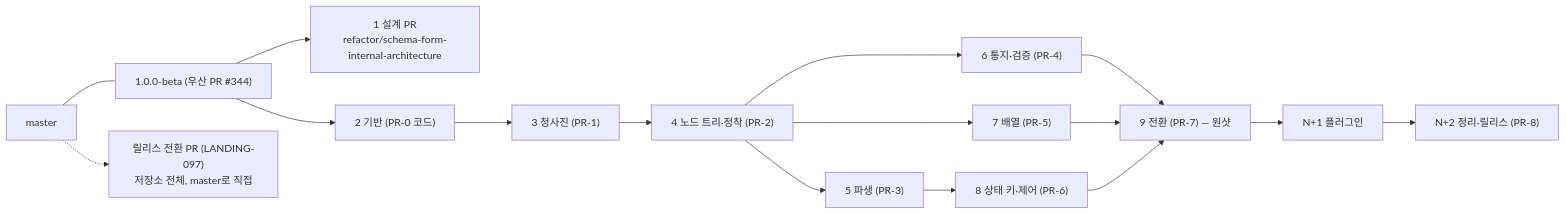
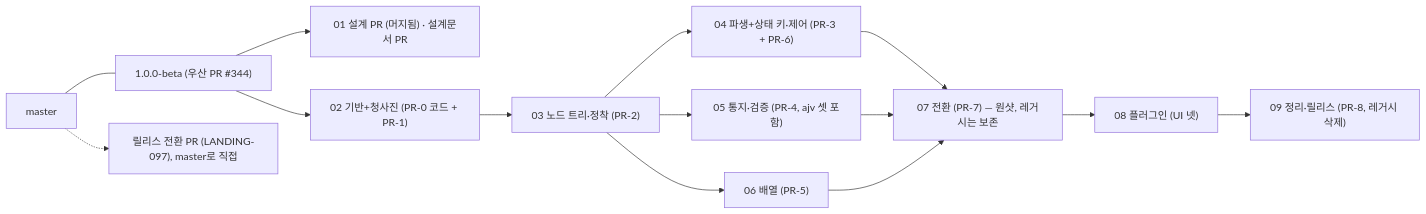
The diagram in packages/canard/schema-form/architecture/plan/README.md (vincent-kk/albatrion), drawn with Mermaid before and after one commit. The commit also changed other lines of this file and 45 other files, not shown here.

First line of the commit message:
docs(schema-form): record the owner's development-plan decisions and split the plan into per-PR directories

````diff
--- a/packages/canard/schema-form/architecture/plan/README.md
+++ b/packages/canard/schema-form/architecture/plan/README.md
@@ -7,18 +19,16 @@
 ```mermaid
 flowchart LR
   M[master] --- U["1.0.0-beta (우산 PR #344)"]
-  U --> D["1 설계 PR<br/>refactor/schema-form-internal-architecture"]
-  U --> A["2 기반 (PR-0 코드)"]
-  A --> B["3 청사진 (PR-1)"]
-  B --> C["4 노드 트리·정착 (PR-2)"]
-  C --> E["5 파생 (PR-3)"]
-  C --> F["6 통지·검증 (PR-4)"]
-  C --> G["7 배열 (PR-5)"]
-  E --> H["8 상태 키·제어 (PR-6)"]
-  F --> S["9 전환 (PR-7) — 원샷"]
+  U --> D["01 설계 PR (머지됨) · 설계문서 PR"]
+  U --> A["02 기반+청사진 (PR-0 코드 + PR-1)"]
+  A --> C["03 노드 트리·정착 (PR-2)"]
+  C --> E["04 파생+상태 키·제어 (PR-3 + PR-6)"]
+  C --> F["05 통지·검증 (PR-4, ajv 셋 포함)"]
+  C --> G["06 배열 (PR-5)"]
+  E --> S["07 전환 (PR-7) — 원샷, 레거시는 보존"]
+  F --> S
   G --> S
-  H --> S
-  S --> P["N+1 플러그인"]
-  P --> R["N+2 정리·릴리스 (PR-8)"]
-  M -.-> T["릴리스 전환 PR (LANDING-097)<br/>저장소 전체, master로 직접"]
+  S --> P["08 플러그인 (UI 넷)"]
+  P --> R["09 정리·릴리스 (PR-8, 레거시 삭제)"]
+  M -.-> T["릴리스 전환 PR (LANDING-097), master로 직접"]
 ```
````
